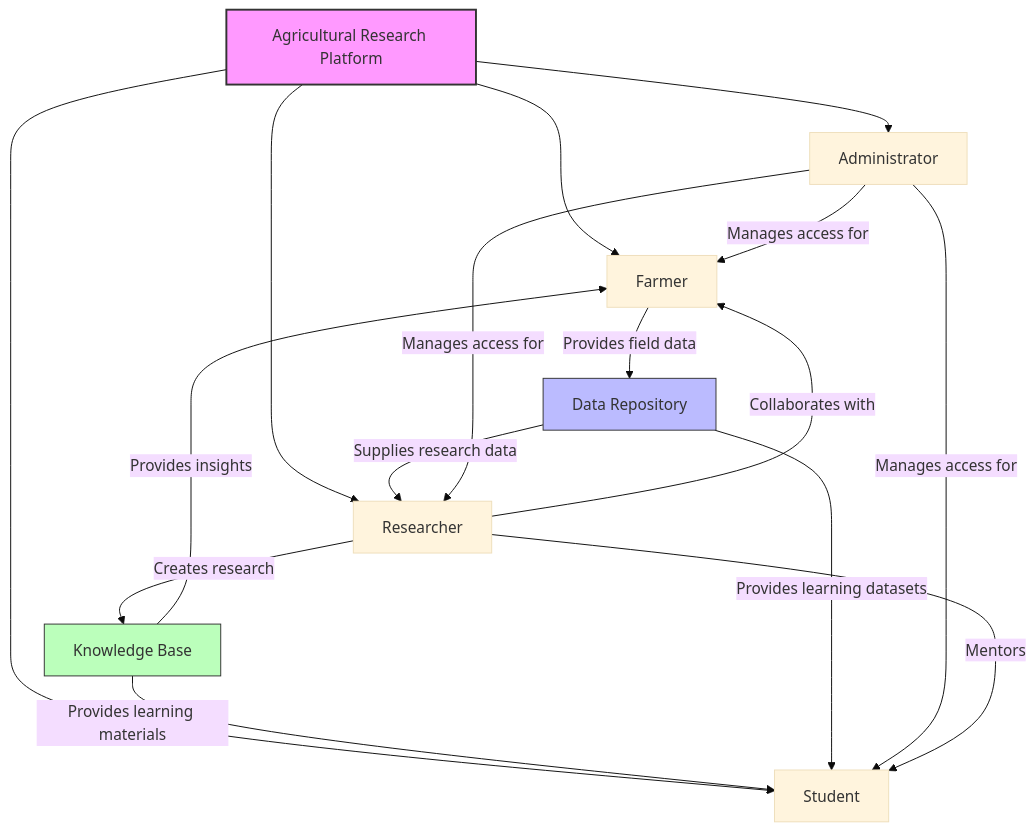
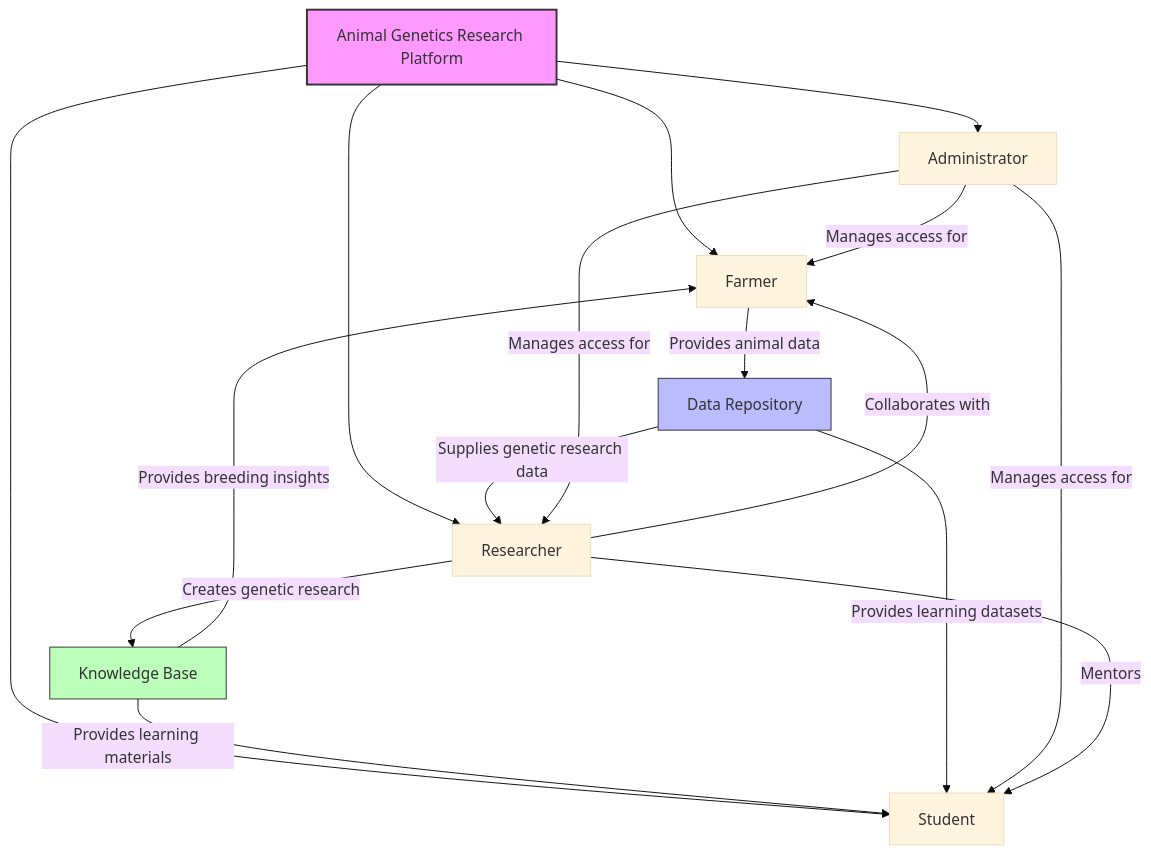
Before and after one commit to naratech-eng/researcher-platform: the second of 5 diagrams in docs/prd/user-personas.md, drawn with Mermaid (base theme). The commit also changed other lines of this file and 19 other files, not shown here.

````diff
--- a/docs/prd/user-personas.md
+++ b/docs/prd/user-personas.md
@@ -270,26 +34,26 @@
 ```mermaid
 flowchart TD
-    A[Agricultural Research Platform] --> B[Farmer]
+    A[Animal Genetics Research Platform] --> B[Farmer]
     A --> C[Researcher]
     A --> D[Student]
     A --> E[Administrator]
     
-    C -- "Creates research" --> F[Knowledge Base]
-    F -- "Provides insights" --> B
+    C -- "Creates genetic research" --> F[Knowledge Base]
+    F -- "Provides breeding insights" --> B
     F -- "Provides learning materials" --> D
     
-    B -- "Provides field data" --> G[Data Repository]
-    G -- "Supplies research data" --> C
+    B -- "Provides animal data" --> G[Data Repository]
+    G -- "Supplies genetic research data" --> C
     G -- "Provides learning datasets" --> D
     
     E -- "Manages access for" --> B
     E -- "Manages access for" --> C
     E -- "Manages access for" --> D
     
     C -- "Mentors" --> D
     C -- "Collaborates with" --> B
     
     style A fill:#f9f,stroke:#333,stroke-width:2px
     style F fill:#bfb,stroke:#333,stroke-width:1px
     style G fill:#bbf,stroke:#333,stroke-width:1px
 ```
````
